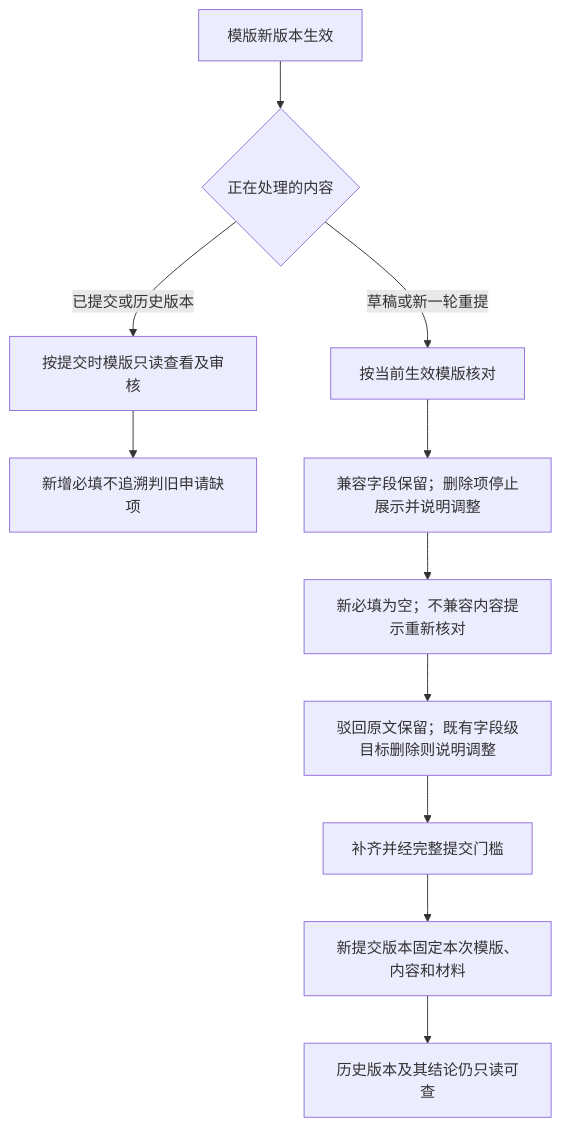
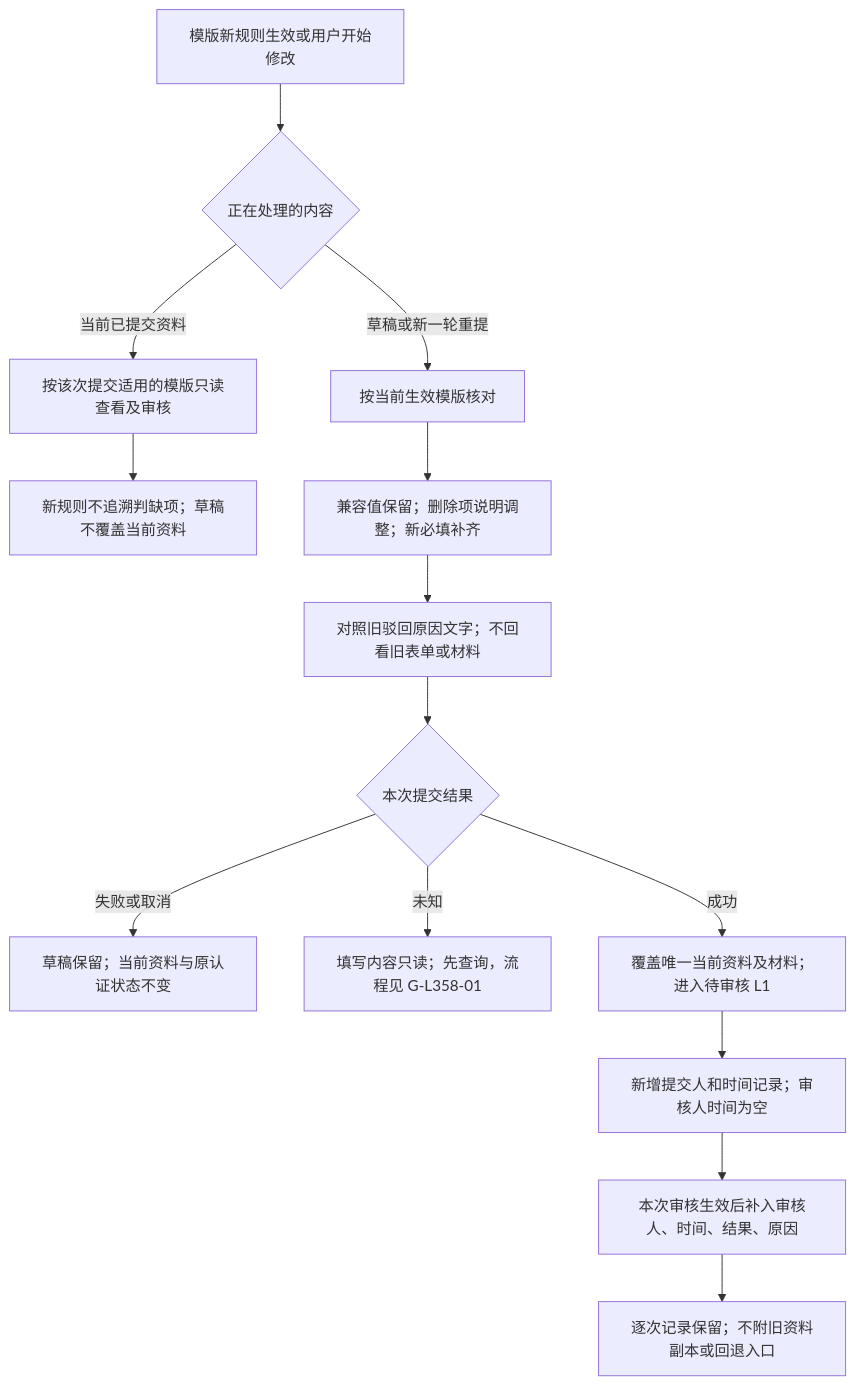
Before and after one commit to wxblockchain/Chain-Financing: the fifth of 5 diagrams in lending-platform/PRD/v2.0-资金方机构认证审核/资金方机构认证审核-流程图与状态机.md, drawn with Mermaid. The commit also changed other lines of this file and 1 other file, not shown here.

````diff
--- a/lending-platform/PRD/v2.0-资金方机构认证审核/资金方机构认证审核-流程图与状态机.md
+++ b/lending-platform/PRD/v2.0-资金方机构认证审核/资金方机构认证审核-流程图与状态机.md
@@ -163,13 +163,16 @@
 ```mermaid
 flowchart TD
-    A[模版新版本生效] --> B{正在处理的内容}
-    B -->|已提交或历史版本| C[按提交时模版只读查看及审核]
-    C --> D[新增必填不追溯判旧申请缺项]
+    A[模版新规则生效或用户开始修改] --> B{正在处理的内容}
+    B -->|当前已提交资料| C[按该次提交适用的模版只读查看及审核]
+    C --> D[新规则不追溯判缺项；草稿不覆盖当前资料]
     B -->|草稿或新一轮重提| E[按当前生效模版核对]
-    E --> F[兼容字段保留；删除项停止展示并说明调整]
-    F --> G[新必填为空；不兼容内容提示重新核对]
-    G --> H[驳回原文保留；既有字段级目标删除则说明调整]
-    H --> I[补齐并经完整提交门槛]
-    I --> J[新提交版本固定本次模版、内容和材料]
-    J --> K[历史版本及其结论仍只读可查]
+    E --> F[兼容值保留；删除项说明调整；新必填补齐]
+    F --> G[对照旧驳回原因文字；不回看旧表单或材料]
+    G --> H{本次提交结果}
+    H -->|失败或取消| I[草稿保留；当前资料与原认证状态不变]
+    H -->|未知| U[填写内容只读；先查询，流程见 G-L358-01]
+    H -->|成功| J[覆盖唯一当前资料及材料；进入待审核 L1]
+    J --> K[新增提交人和时间记录；审核人时间为空]
+    K --> L[本次审核生效后补入审核人、时间、结果、原因]
+    L --> M[逐次记录保留；不附旧资料副本或回退入口]
 ```
````
